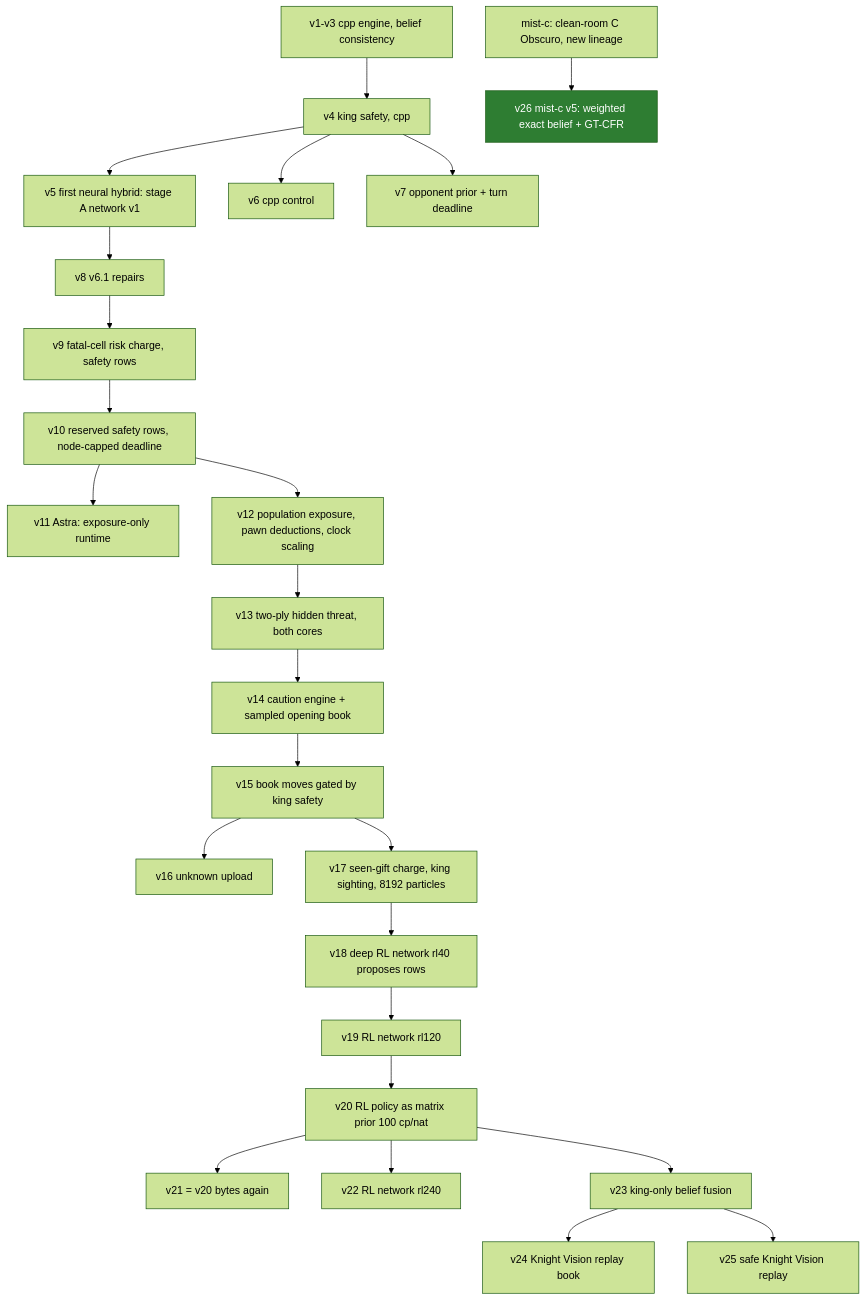
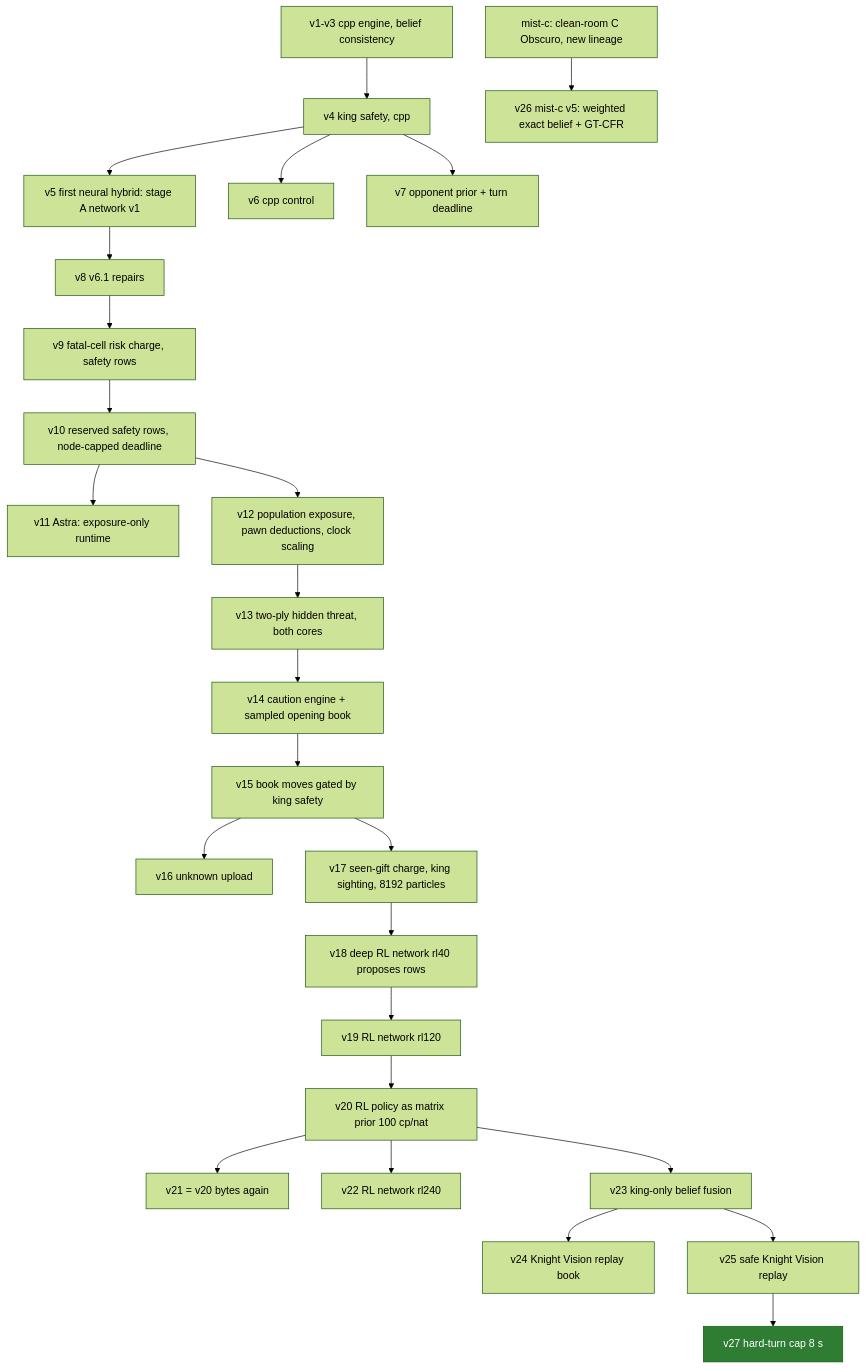
Before and after one commit to htansetiawan/iamavirus: the diagram in MUTATIONS.md, drawn with Mermaid (forest theme). The commit also changed other lines of this file and 2 other files, not shown here.

Commit message:
Arena v27 = the hard-turn cap (11d1c878e994), uploaded by the user; mist-c v26 retired after 20 games (4-1-15); map, registry, prediction

````diff
--- a/MUTATIONS.md
+++ b/MUTATIONS.md
@@ -20,27 +20,28 @@
 ```mermaid
 flowchart TD
   v1[v1-v3 cpp engine, belief consistency] --> v4[v4 king safety, cpp]
   v4 --> v5[v5 first neural hybrid: stage A network v1]
   v4 --> v6[v6 cpp control]
   v4 --> v7[v7 opponent prior + turn deadline]
   v5 --> v8[v8 v6.1 repairs] --> v9[v9 fatal-cell risk charge, safety rows] --> v10[v10 reserved safety rows, node-capped deadline]
   v10 --> v11[v11 Astra: exposure-only runtime]
   v10 --> v12[v12 population exposure, pawn deductions, clock scaling]
   v12 --> v13[v13 two-ply hidden threat, both cores]
   v13 --> v14[v14 caution engine + sampled opening book]
   v14 --> v15[v15 book moves gated by king safety]
   v15 --> v16[v16 unknown upload]
   v15 --> v17[v17 seen-gift charge, king sighting, 8192 particles]
   v17 --> v18[v18 deep RL network rl40 proposes rows]
   v18 --> v19[v19 RL network rl120]
   v19 --> v20[v20 RL policy as matrix prior 100 cp/nat]
   v20 --> v21[v21 = v20 bytes again]
   v20 --> v22[v22 RL network rl240]
   v20 --> v23[v23 king-only belief fusion]
   v23 --> v24[v24 Knight Vision replay book]
   v23 --> v25[v25 safe Knight Vision replay]
   mc[mist-c: clean-room C Obscuro, new lineage] --> v26[v26 mist-c v5: weighted exact belief + GT-CFR]
+  v25 --> v27[v27 hard-turn cap 8 s]
   classDef alive fill:#2e7d32,color:#fff;
   classDef cand fill:#f9a825,color:#000;
-  class v26 alive;
+  class v27 alive;
 ```
````
